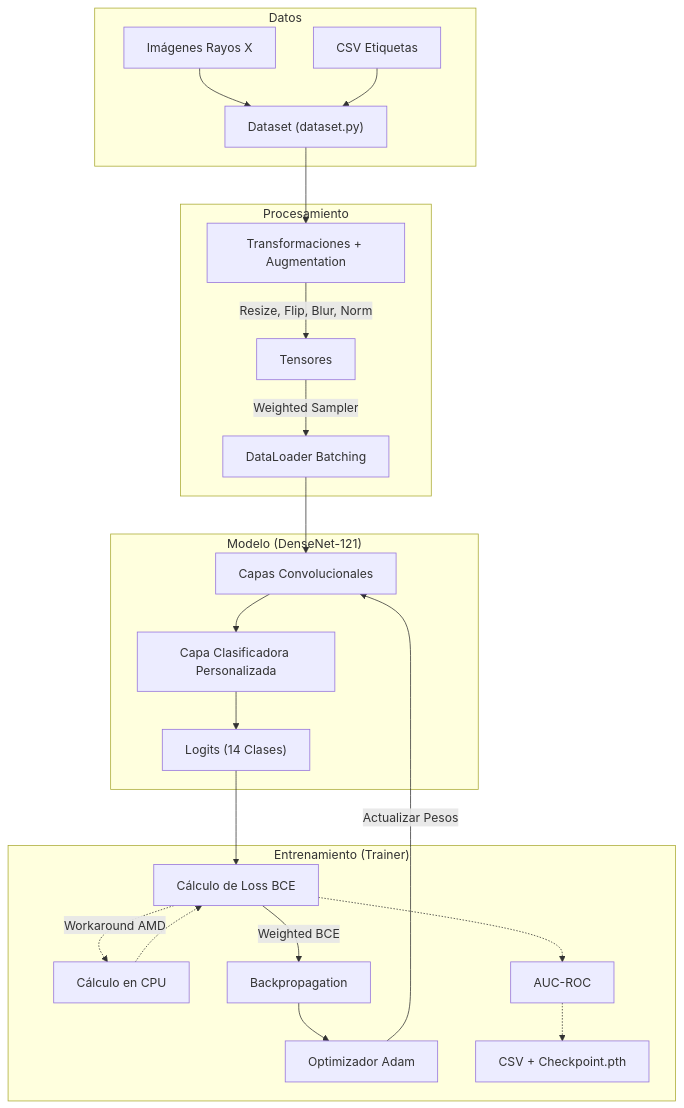
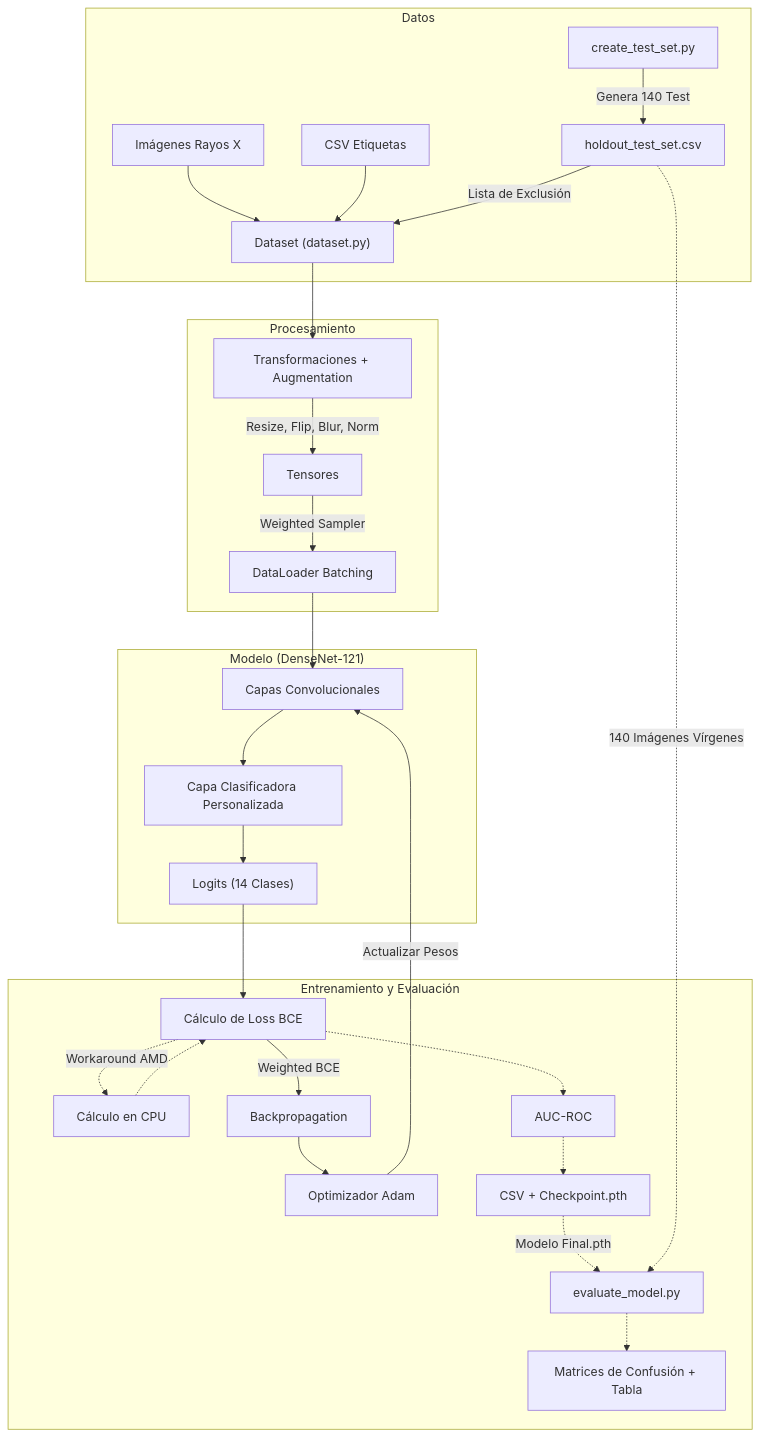
One commit to Agustin978/ProyectoFinal_V2 changed the diagram in README.md. Above: the diagram before and after it, drawn with Mermaid. The commit also changed other lines of this file and 7 other files, not shown here.

Commit message:
Sincronizacion final, codigo actualizado y evitado el subir el modelo en github

````diff
--- a/README.md
+++ b/README.md
@@ -115,30 +124,35 @@
 ```mermaid
 flowchart TD
     subgraph Datos["Datos"]
         A["Imágenes Rayos X"] --> B["Dataset (dataset.py)"]
         C["CSV Etiquetas"] --> B
+        P["create_test_set.py"] -->|"Genera 140 Test"| Q["holdout_test_set.csv"]
+        Q -->|"Lista de Exclusión"| B
     end
 
     subgraph Procesamiento["Procesamiento"]
         B --> D["Transformaciones + Augmentation"]
         D -->|"Resize, Flip, Blur, Norm"| E["Tensores"]
         E -->|"Weighted Sampler"| F["DataLoader Batching"]
     end
 
     subgraph Modelo["Modelo (DenseNet-121)"]
         F --> G["Capas Convolucionales"]
         G --> H["Capa Clasificadora Personalizada"]
         H --> I["Logits (14 Clases)"]
     end
 
-    subgraph Entrenamiento["Entrenamiento (Trainer)"]
+    subgraph Entrenamiento["Entrenamiento y Evaluación"]
         I --> J["Cálculo de Loss BCE"]
         J -.->|"Workaround AMD"| O["Cálculo en CPU"] 
         O -.-> J
         J -->|"Weighted BCE"| K["Backpropagation"]
         K --> L["Optimizador Adam"]
         L -->|"Actualizar Pesos"| G
         J -.-> M["AUC-ROC"]
         M -.-> N["CSV + Checkpoint.pth"]
+        N -.->|"Modelo Final.pth"| R["evaluate_model.py"]
+        Q -.->|"140 Imágenes Vírgenes"| R
+        R -.-> S["Matrices de Confusión + Tabla"]
     end
 ```
````
